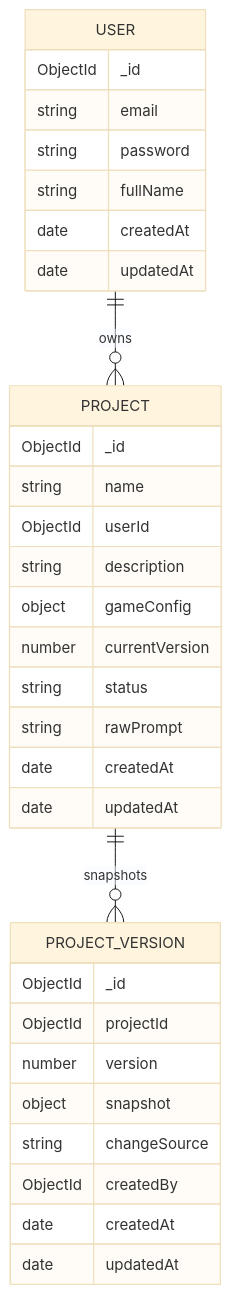
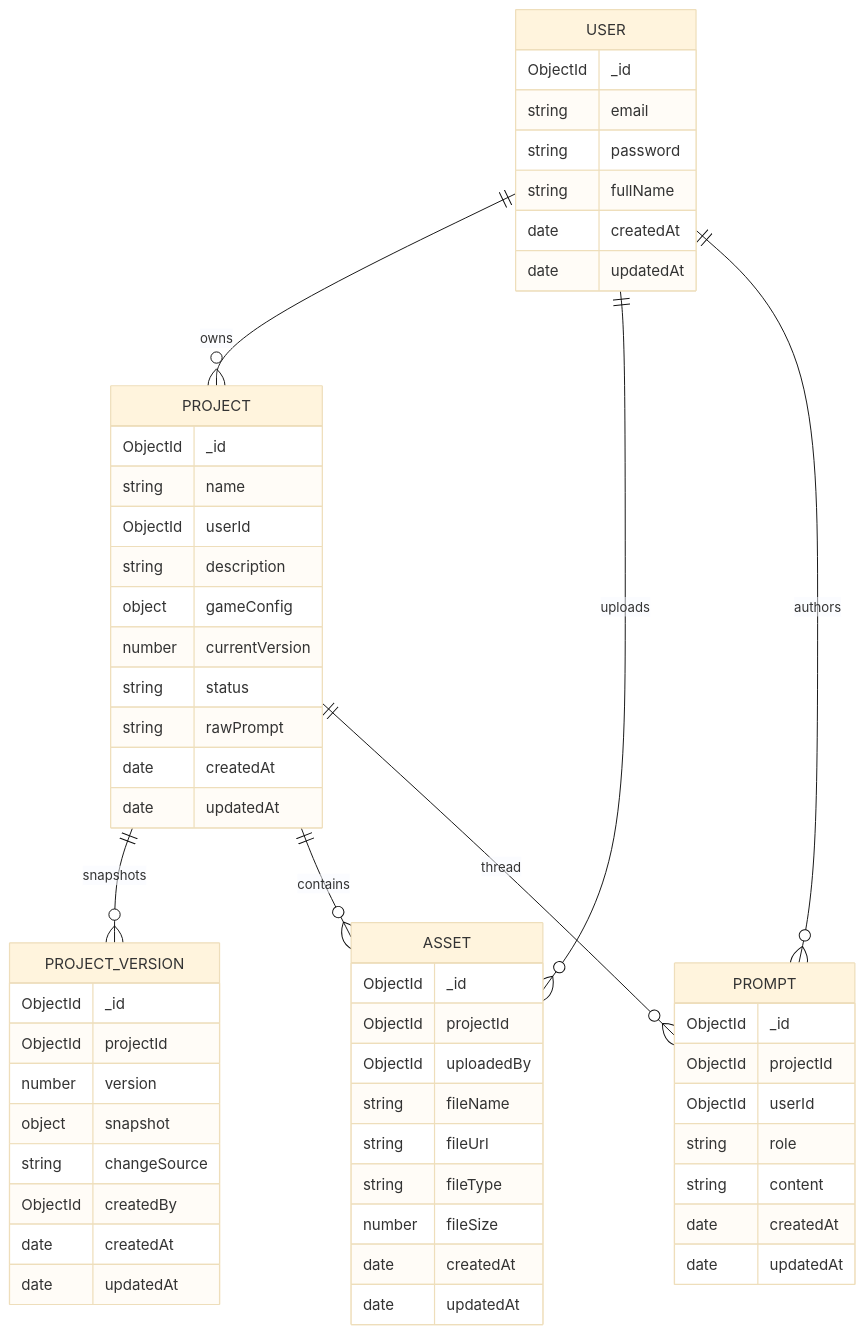
One commit to vietn0021/AI-no-code changed the fourth of 4 diagrams in SYSTEM_ARCHITECTURE.md. Above: the diagram before and after it, drawn with Mermaid (base theme). The commit also changed other lines of this file and 1 other file, not shown here.

Commit message:
change .md

````diff
--- a/SYSTEM_ARCHITECTURE.md
+++ b/SYSTEM_ARCHITECTURE.md
@@ -313,38 +317,64 @@
 ```mermaid
 erDiagram
   USER ||--o{ PROJECT : owns
+  USER ||--o{ ASSET : uploads
+  USER ||--o{ PROMPT : authors
   PROJECT ||--o{ PROJECT_VERSION : snapshots
+  PROJECT ||--o{ ASSET : contains
+  PROJECT ||--o{ PROMPT : thread
 
   USER {
     ObjectId _id
     string email
     string password
     string fullName
     date createdAt
     date updatedAt
   }
 
   PROJECT {
     ObjectId _id
     string name
     ObjectId userId
     string description
     object gameConfig
     number currentVersion
     string status
     string rawPrompt
     date createdAt
     date updatedAt
   }
 
   PROJECT_VERSION {
     ObjectId _id
     ObjectId projectId
     number version
     object snapshot
     string changeSource
     ObjectId createdBy
     date createdAt
     date updatedAt
   }
+
+  ASSET {
+    ObjectId _id
+    ObjectId projectId
+    ObjectId uploadedBy
+    string fileName
+    string fileUrl
+    string fileType
+    number fileSize
+    date createdAt
+    date updatedAt
+  }
+
+  PROMPT {
+    ObjectId _id
+    ObjectId projectId
+    ObjectId userId
+    string role
+    string content
+    date createdAt
+    date updatedAt
+  }
 ```
````
